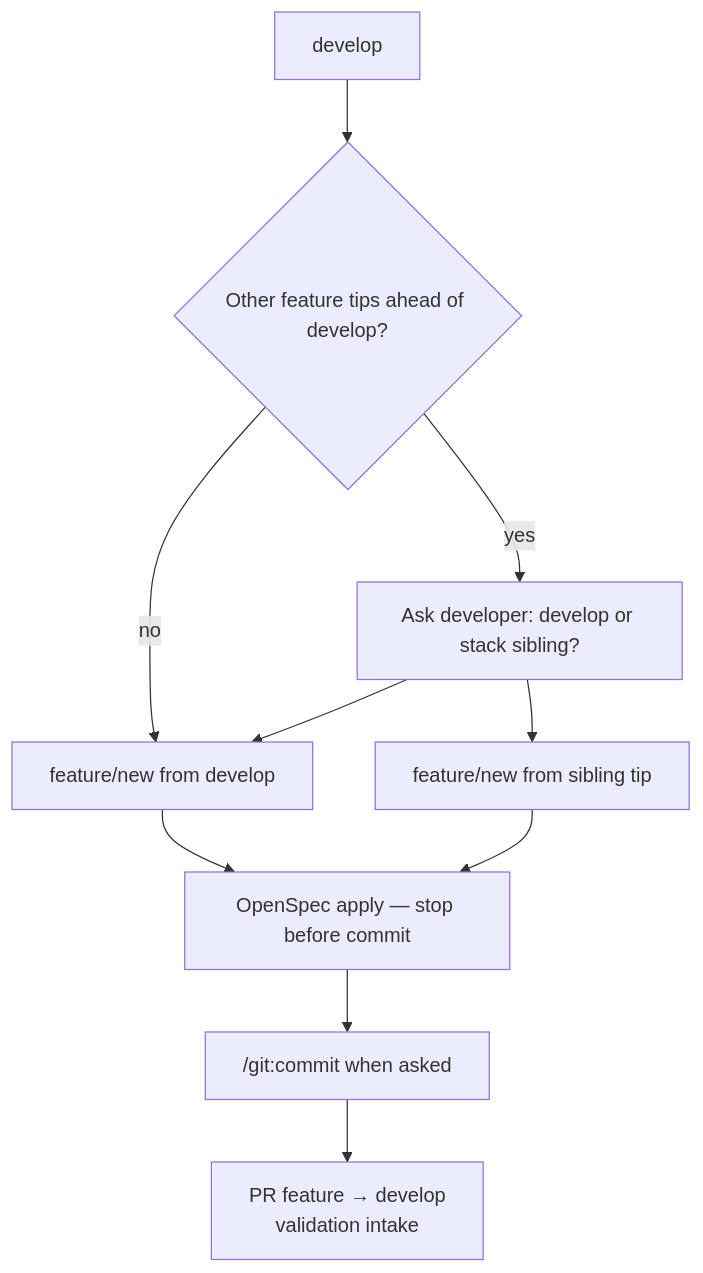
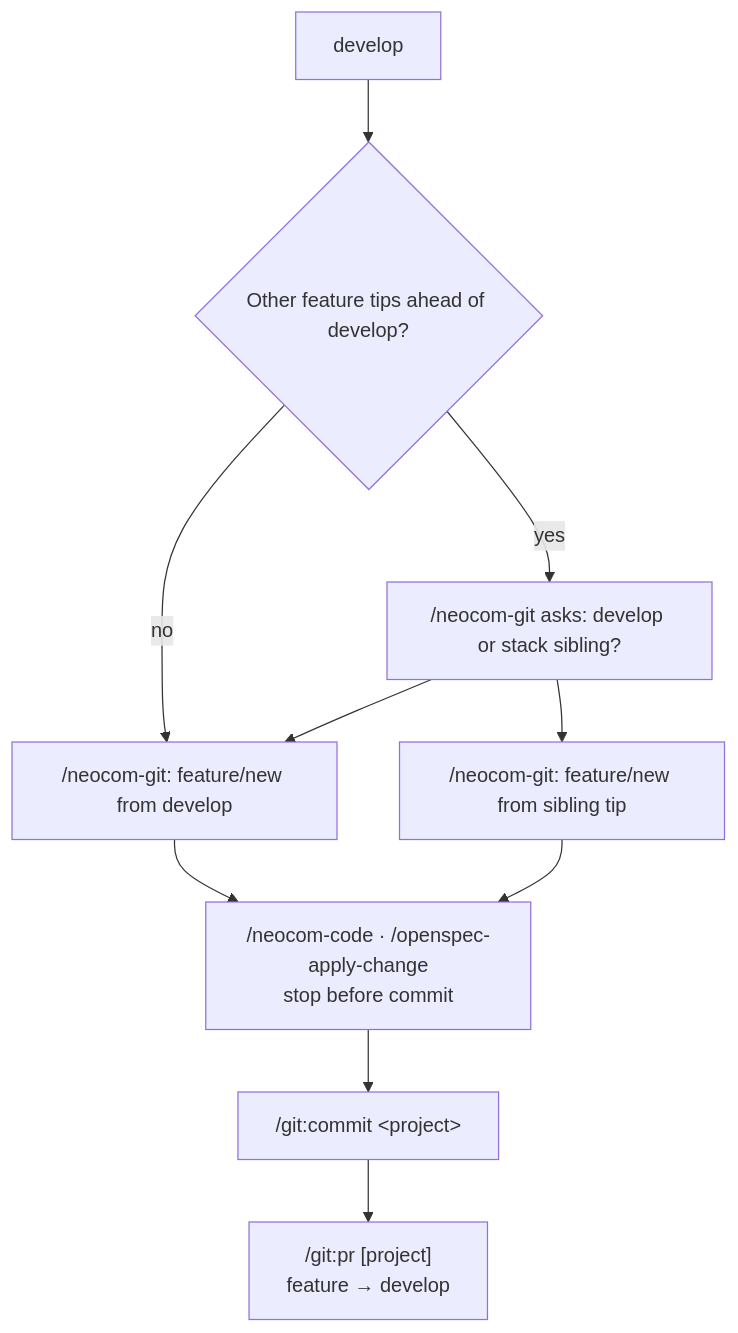
One commit to AdamAntinoo/neocom-meta changed the seventh of 9 diagrams in .dsh/METHODOLOGY.md. Above: the diagram before and after it, drawn with Mermaid. The commit also changed other lines of this file and 261 other files, not shown here.

````diff
--- a/.dsh/METHODOLOGY.md
+++ b/.dsh/METHODOLOGY.md
@@ -423,12 +380,12 @@
 ```mermaid
 flowchart TD
   develop[develop] --> check{"Other feature tips ahead of develop?"}
-  check -->|no| fromDev["feature/new from develop"]
-  check -->|yes| ask["Ask developer: develop or stack sibling?"]
+  check -->|no| fromDev["/neocom-git: feature/new from develop"]
+  check -->|yes| ask["/neocom-git asks: develop or stack sibling?"]
   ask --> fromDev
-  ask --> fromSib["feature/new from sibling tip"]
-  fromDev --> apply["OpenSpec apply — stop before commit"]
+  ask --> fromSib["/neocom-git: feature/new from sibling tip"]
+  fromDev --> apply["/neocom-code · /openspec-apply-change<br/>stop before commit"]
   fromSib --> apply
-  apply --> commit["/git:commit when asked"]
-  commit --> pr["PR feature → develop<br/>validation intake"]
+  apply --> commit["/git:commit &lt;project&gt;"]
+  commit --> pr["/git:pr [project]<br/>feature → develop"]
 ```
````
